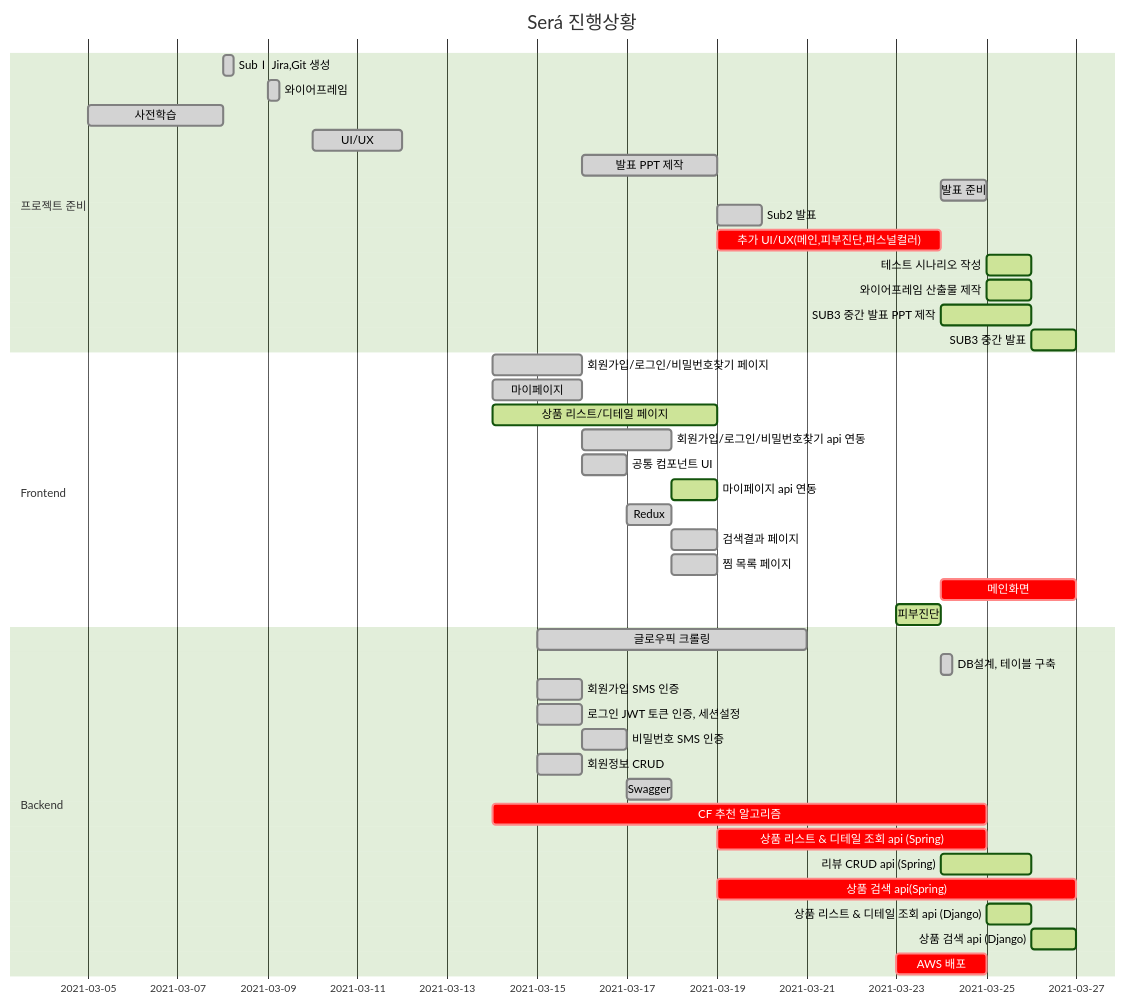
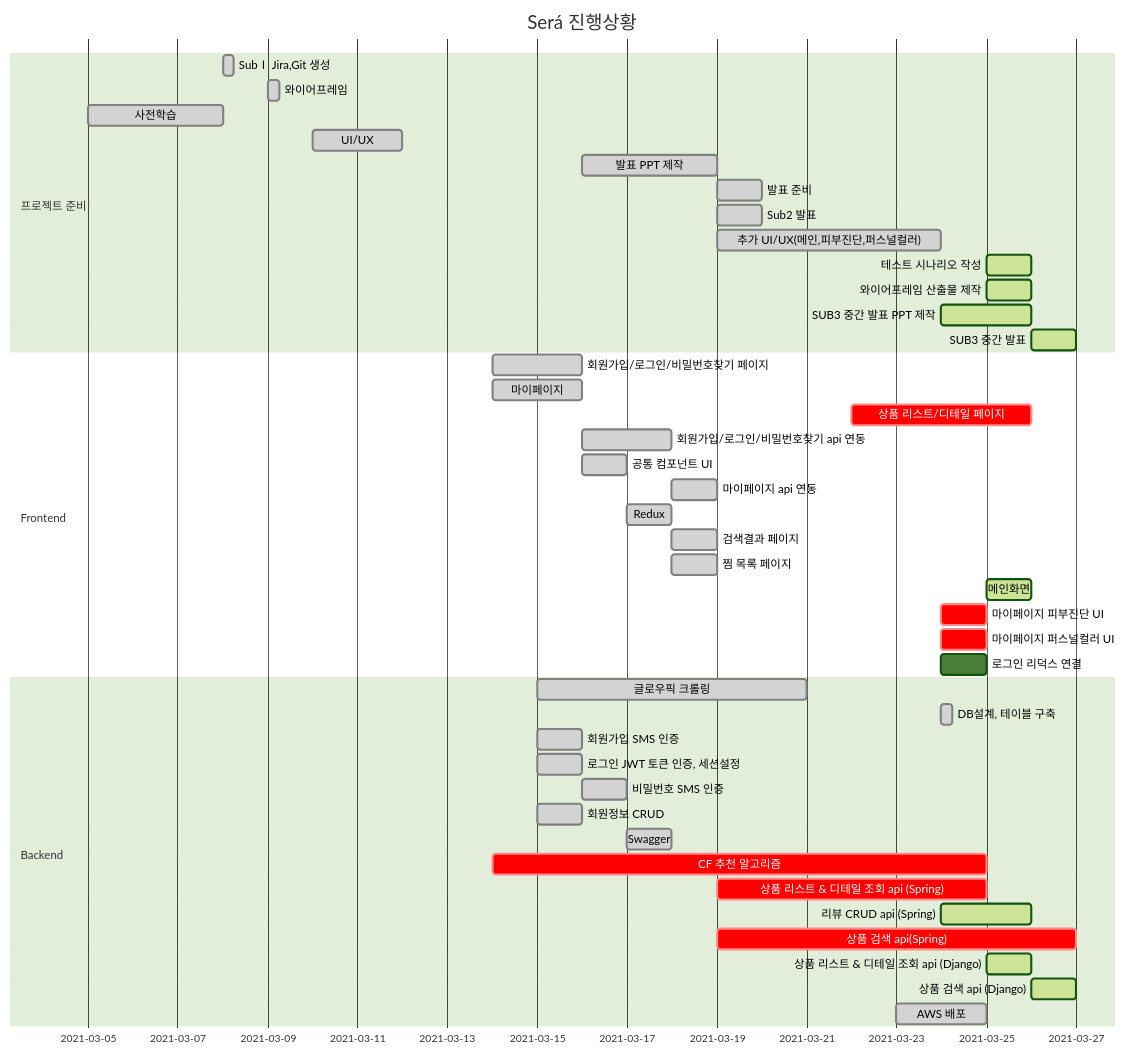
Before and after one commit to jihyeong2/PJT-Sera: the diagram in README.md, drawn with Mermaid (forest theme).

Commit message:
READM#_0324 : gantt chart 수정

````diff
--- a/README.md
+++ b/README.md
@@ -32,49 +32,51 @@
 ```mermaid
 gantt
     title Será 진행상황
     dateFormat  YYYY-MM-DD
     section 프로젝트 준비
     SubⅠ Jira,Git 생성  :done, 2021-03-08, 6h
     와이어프레임 : done, 2021-03-09, 6h
     사전학습   :done, 2021-03-05, 3d
     UI/UX   : done,   2021-03-10, 2d
     발표 PPT 제작: done, t8, 2021-03-16, 3d
     발표 준비 : done,t9, after t8, 1d
     Sub2 발표 : done, t10, 2021-03-19, 1d
-    추가 UI/UX(메인,피부진단,퍼스널컬러): crit, t8, 2021-03-19, 5d
+    추가 UI/UX(메인,피부진단,퍼스널컬러): done, 2021-03-19, 5d
     테스트 시나리오 작성 : active, t14, 2021-03-25, 1d
     와이어프레임 산출물 제작 :  active, t15, 2021-03-25, 1d
     SUB3 중간 발표 PPT 제작 : active, t16, 2021-03-24, 2d
     SUB3 중간 발표 : active, t17, 2021-03-26, 1d
 
 
     section Frontend
    	회원가입/로그인/비밀번호찾기 페이지 :  done, t1, 2021-03-14, 2d
    	마이페이지 :  done, t2, 2021-03-14, 2d
-   	상품 리스트/디테일 페이지  : active, t3, 2021-03-14, 5d
+   	상품 리스트/디테일 페이지  : crit, t3, 2021-03-22, 4d
     회원가입/로그인/비밀번호찾기 api 연동 : done, t4, after t1,2d
     공통 컴포넌트 UI : done, t7, 2021-03-16, 1d
-    마이페이지 api 연동: active, t5, 2021-03-18, 1d
+    마이페이지 api 연동: done, t5, 2021-03-18, 1d
     Redux : done, t6, 2021-03-17, 1d
   	검색결과 페이지 : done, t11, 2021-03-18, 1d
   	찜 목록 페이지 : done, t12, 2021-03-18, 1d
-  	메인화면: crit, t13, after t8, 3d
-	피부진단 : active, t17, 2021-03-23, 1d
+  	메인화면: active, t13, 2021-03-25, 1d
+	마이페이지 피부진단 UI : crit, t17, 2021-03-24, 1d
+	마이페이지 퍼스널컬러 UI : crit, t18, 2021-03-24, 1d
+	로그인 리덕스 연결 : crit t19, 2021-03-24, 1d
     
     section Backend
   	글로우픽 크롤링 : done, b_t1, 2021-03-15, 6d
   	DB설계, 테이블 구축 : done, b_t2, after 2021-03-12, 6h
     회원가입 SMS 인증 : done, b_t4, 2021-03-15, 1d
     로그인 JWT 토큰 인증, 세션설정 : done, b_t5, 2021-03-15, 1d
     비밀번호 SMS 인증 : done, b_t6, 2021-03-16, 1d
     회원정보 CRUD : done, b_t7, 2021-03-15, 1d
     Swagger : done, b_t8, after b_t6, 1d
     CF 추천 알고리즘 : crit, b_t3, 2021-03-14, 11d
     상품 리스트 & 디테일 조회 api (Spring): crit, b_t9, 2021-03-19,6d
     리뷰 CRUD api (Spring): active, b_t10, 2021-03-24, 2d
 	상품 검색 api(Spring):  crit,b_t12, 2021-03-19, 8d
     상품 리스트 & 디테일 조회 api (Django): active, b_t11, after b_t3, 1d
     상품 검색 api (Django): active, b_t13, after b_t11, 1d
-    AWS 배포: crit, b_t13, 2021-03-23, 2d
-    
+    AWS 배포: done, b_t13, 2021-03-23, 2d
+
 ```
````
